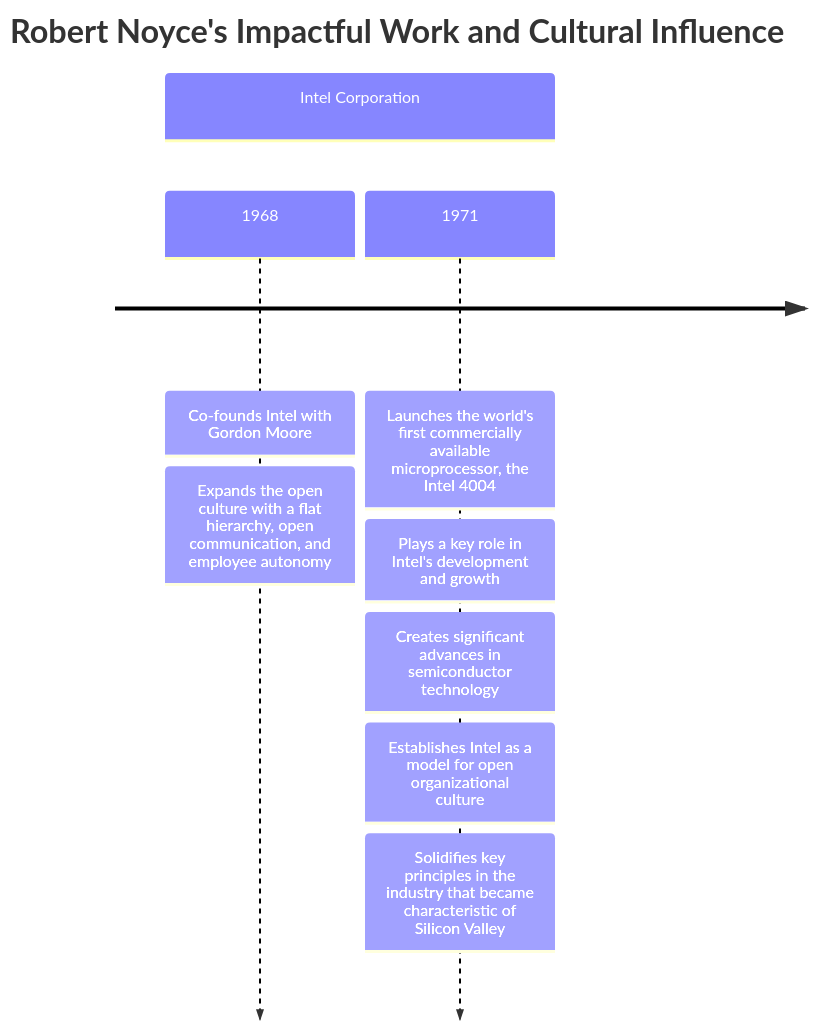
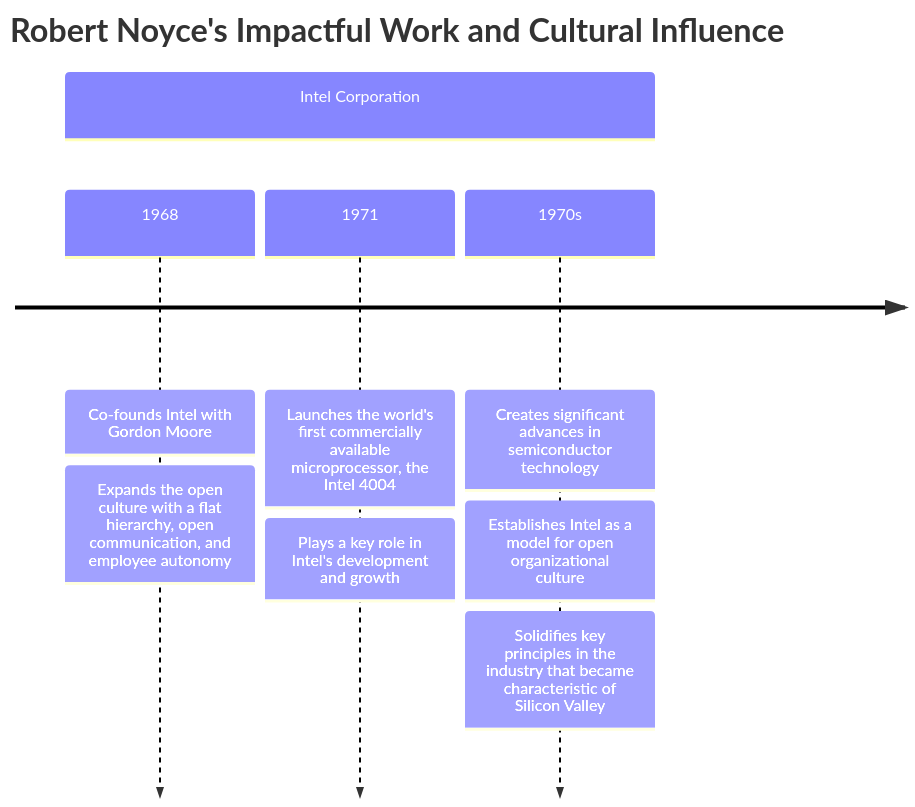
One commit to Furkanzmc/cppnorth-2024-shoulders-we-stand-on changed the fourth of 8 diagrams in pages/act-4.md. Above: the diagram before and after it, drawn with Mermaid. The commit also changed other lines of this file and 2 other files, not shown here.

````diff
--- a/pages/act-4.md
+++ b/pages/act-4.md
@@ -63,12 +77,12 @@
-```mermaid {scale: 0.5, alt: 'A Timeline of Noyce's work'}
+```mermaid {scale: 0.5}
 timeline
     title Robert Noyce's Impactful Work and Cultural Influence
     section Intel Corporation
     1968 : Co-founds Intel with Gordon Moore
         : Expands the open culture with a flat hierarchy, open communication, and employee autonomy
     1971 : Launches the world's first commercially available microprocessor, the Intel 4004
         : Plays a key role in Intel's development and growth
-        : Creates significant advances in semiconductor technology
+    1970s : Creates significant advances in semiconductor technology
         : Establishes Intel as a model for open organizational culture
         : Solidifies key principles in the industry that became characteristic of Silicon Valley
 ```
````
